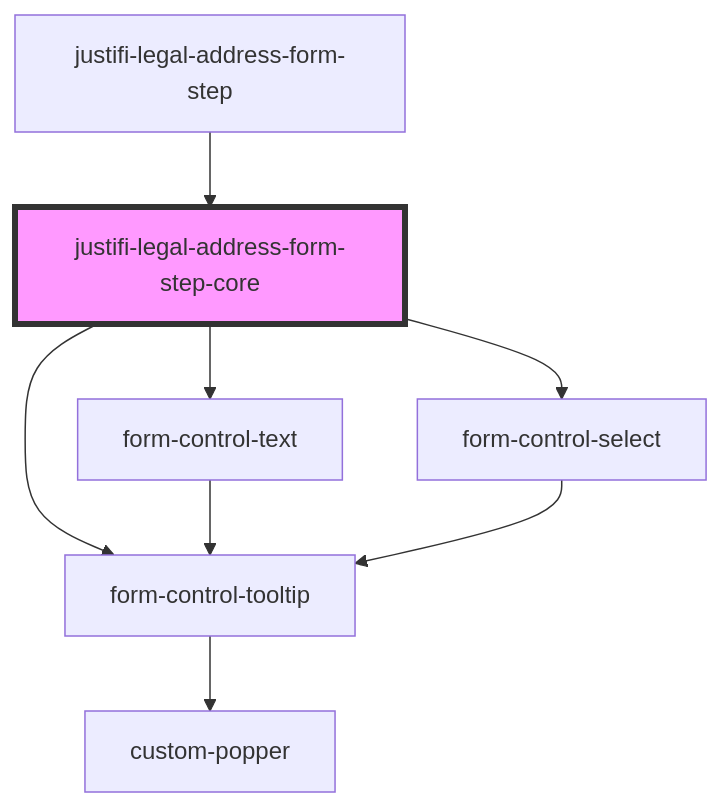
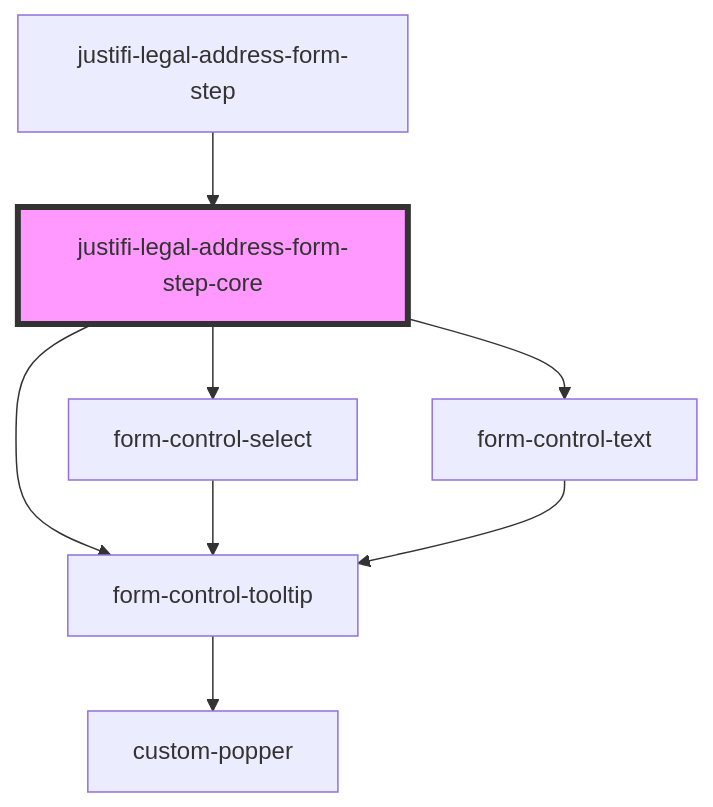
Before and after one commit to justifi-tech/web-component-library: the diagram in packages/webcomponents/src/components/business-forms/payment-provisioning/legal-address-form/readme.md, drawn with Mermaid. The commit also changed other lines of this file and 5 other files, not shown here.

Commit message:
Implement payment provisioning address schema and update legal address form to support multi-country validation

````diff
--- a/packages/webcomponents/src/components/business-forms/payment-provisioning/legal-address-form/readme.md
+++ b/packages/webcomponents/src/components/business-forms/payment-provisioning/legal-address-form/readme.md
@@ -58,11 +58,11 @@
 ```mermaid
 graph TD;
   justifi-legal-address-form-step-core --> form-control-tooltip
+  justifi-legal-address-form-step-core --> form-control-select
   justifi-legal-address-form-step-core --> form-control-text
-  justifi-legal-address-form-step-core --> form-control-select
   form-control-tooltip --> custom-popper
+  form-control-select --> form-control-tooltip
   form-control-text --> form-control-tooltip
-  form-control-select --> form-control-tooltip
   justifi-legal-address-form-step --> justifi-legal-address-form-step-core
   style justifi-legal-address-form-step-core fill:#f9f,stroke:#333,stroke-width:4px
 ```
````
